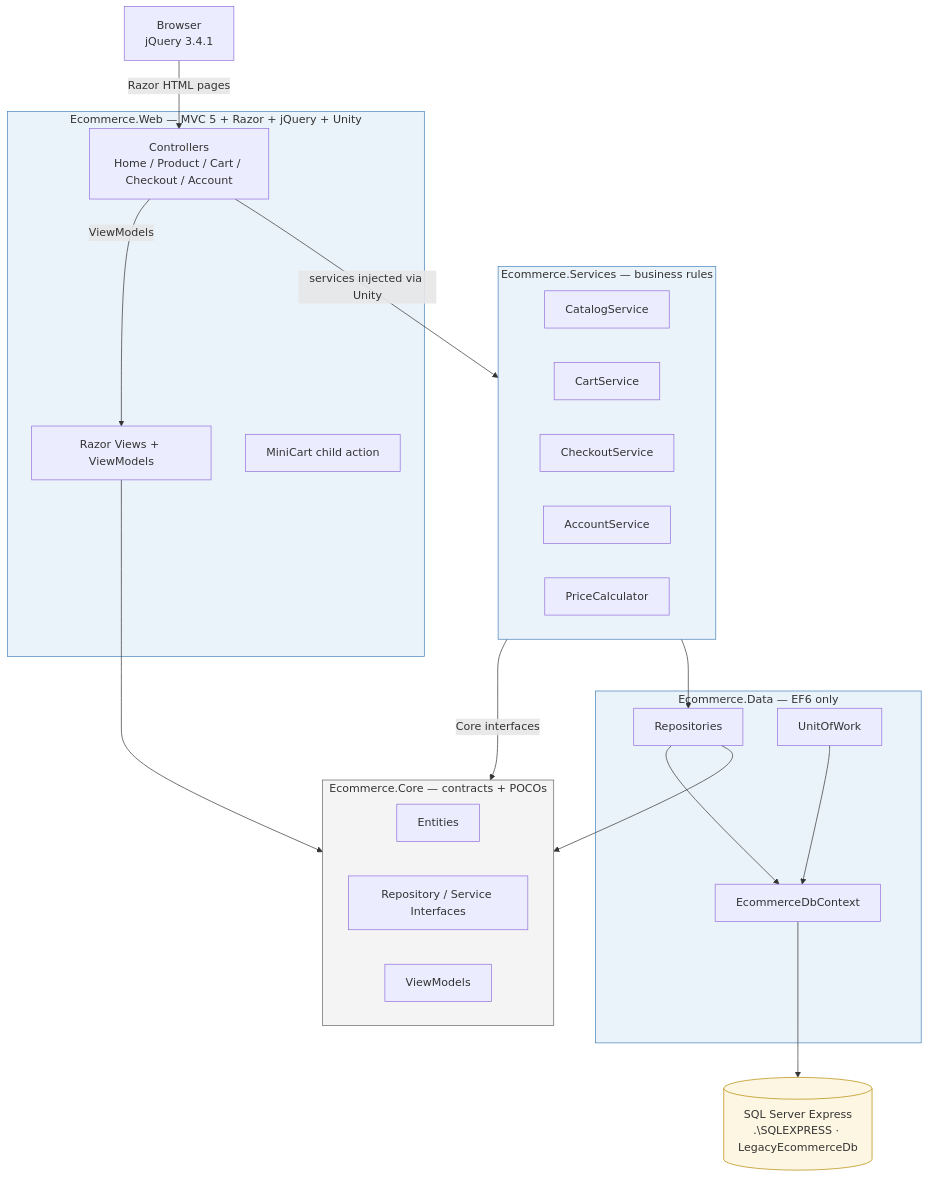
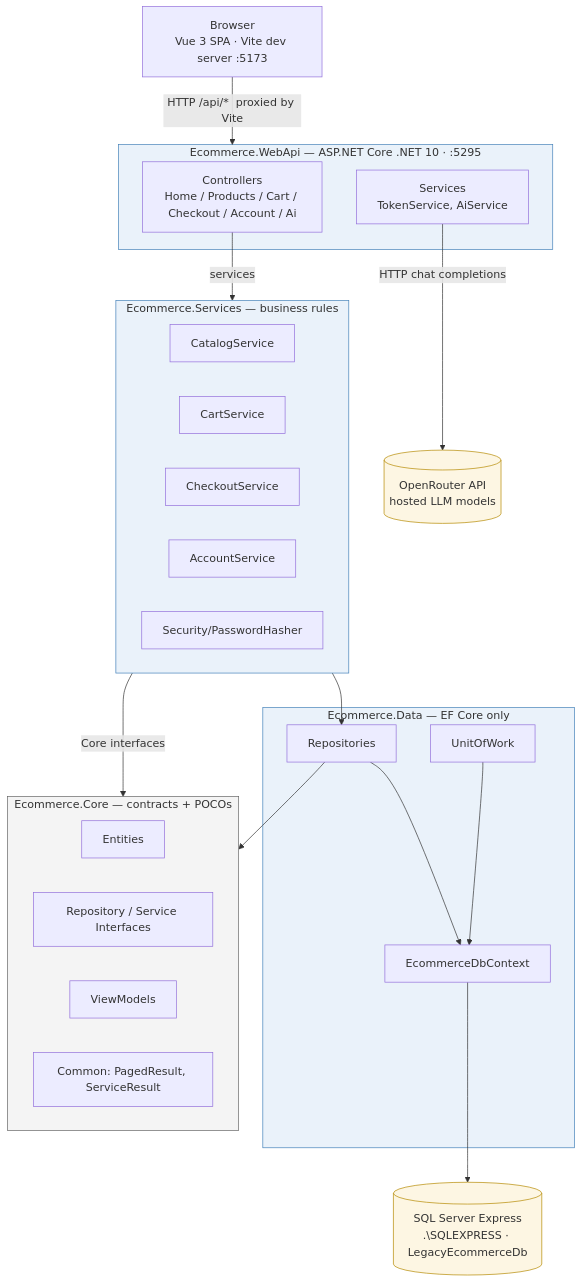
Before and after one commit to prasadattarde25-art/legacy-ecommerce-demo: the diagram in README.md, drawn with Mermaid. The commit also changed other lines of this file and 1 other file, not shown here.

Commit message:
docs: rewrite README for .NET 10 WebApi + Vue 3 SPA + OpenRouter; harden .gitignore for env/local files

````diff
--- a/README.md
+++ b/README.md
@@ -47,48 +47,48 @@
 ```mermaid
 flowchart TB
-    B[Browser<br/>jQuery 3.4.1]
-    B -->|Razor HTML pages| C
+    B[Browser<br/>Vue 3 SPA · Vite dev server :5173]
+    B -->|HTTP /api/*  proxied by Vite| API
 
-    subgraph WEB[Ecommerce.Web — MVC 5 + Razor + jQuery + Unity]
-        C[Controllers<br/>Home / Product / Cart / Checkout / Account]
-        V[Razor Views + ViewModels]
-        M[MiniCart child action]
+    subgraph API[Ecommerce.WebApi — ASP.NET Core .NET 10 · :5295]
+        C[Controllers<br/>Home / Products / Cart / Checkout / Account / Ai]
+        AI[Services<br/>TokenService, AiService]
     end
 
-    C -->|ViewModels| V
-    C -->|services injected via Unity| SVC
+    C -->|services| SVC
 
     subgraph SVC[Ecommerce.Services — business rules]
         CA[CatalogService]
         CT[CartService]
         CO[CheckoutService]
         AC[AccountService]
-        PR[PriceCalculator]
+        PH[Security/PasswordHasher]
     end
 
-    subgraph DATA[Ecommerce.Data — EF6 only]
+    subgraph DATA[Ecommerce.Data — EF Core only]
         R[Repositories]
         UOW[UnitOfWork]
         DC[EcommerceDbContext]
     end
 
     SVC -->|Core interfaces| CORE
     SVC --> R
     R --> DC
     UOW --> DC
     DC --> DB[(SQL Server Express<br/>.\SQLEXPRESS · LegacyEcommerceDb)]
 
     subgraph CORE[Ecommerce.Core — contracts + POCOs]
         E[Entities]
         I[Repository / Service Interfaces]
         VM[ViewModels]
+        CM[Common: PagedResult, ServiceResult]
     end
 
     R --> CORE
-    V --> CORE
+    AI -->|HTTP chat completions| OR[(OpenRouter API<br/>hosted LLM models)]
     style CORE fill:#f4f4f4,stroke:#666
-    style WEB fill:#eaf2fa,stroke:#4582b9
+    style API fill:#eaf2fa,stroke:#4582b9
     style SVC fill:#eaf2fa,stroke:#4582b9
     style DATA fill:#eaf2fa,stroke:#4582b9
     style DB fill:#fdf6e3,stroke:#b58900
+    style OR fill:#fdf6e3,stroke:#b58900
 ```
````
